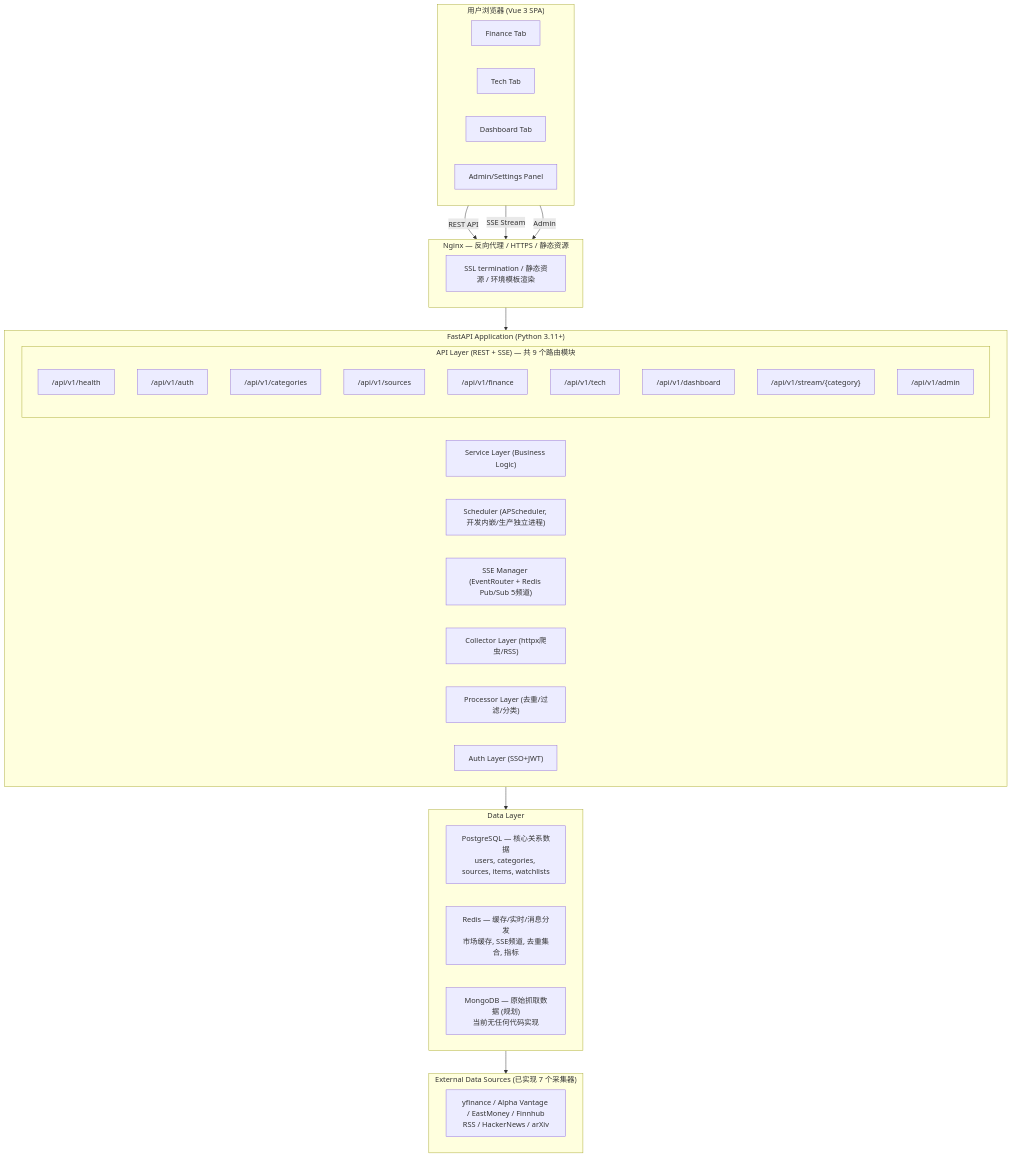
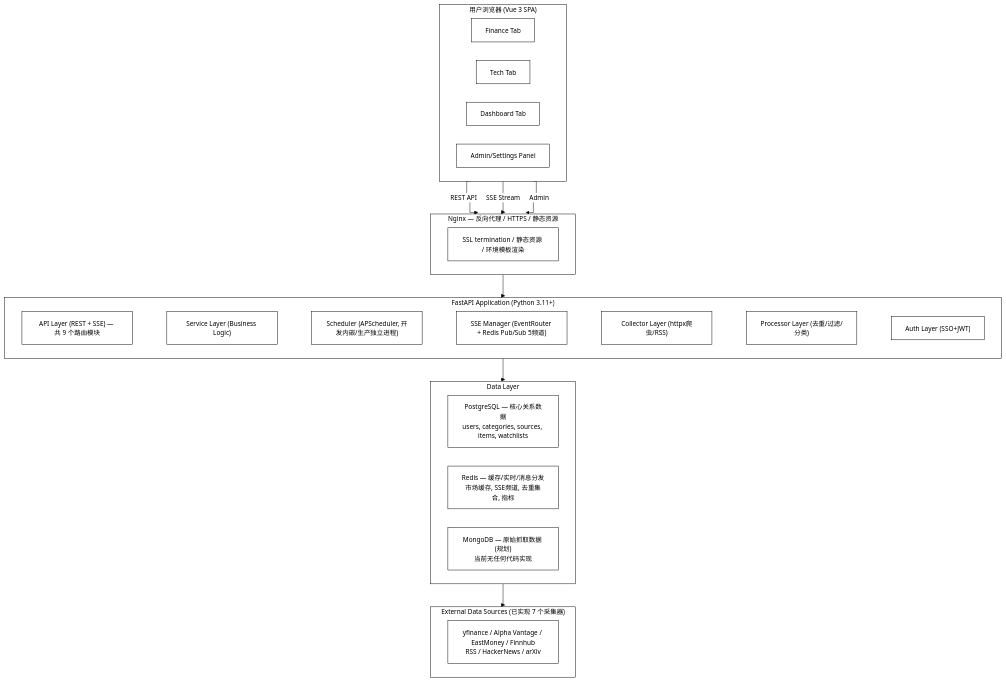
Before and after one commit to onceme/instantboard: the first of 4 diagrams in docs/design/architecture.md, drawn with Mermaid. The commit also changed other lines of this file and 11 other files, not shown here.

Commit message:
docs: unify mermaid diagrams to black-and-white orthogonal style

````diff
--- a/docs/design/architecture.md
+++ b/docs/design/architecture.md
@@ -23,50 +23,35 @@
 ```mermaid
+%%{init: {"theme": "base", "themeVariables": {"background": "#ffffff", "primaryColor": "#ffffff", "primaryTextColor": "#000000", "primaryBorderColor": "#000000", "lineColor": "#000000", "secondaryColor": "#ffffff", "secondaryTextColor": "#000000", "secondaryBorderColor": "#000000", "tertiaryColor": "#ffffff", "tertiaryTextColor": "#000000", "tertiaryBorderColor": "#000000", "edgeLabelBackground": "#ffffff", "textColor": "#000000", "nodeTextColor": "#000000", "mainBkg": "#ffffff", "nodeBorder": "#000000", "clusterBkg": "#ffffff", "clusterBdr": "#000000", "clusterTextColor": "#000000", "titleColor": "#000000", "fontSize": "14px"}, "flowchart": {"curve": "step", "nodeSpacing": 40, "rankSpacing": 50, "wrappingWidth": 180, "useMaxWidth": true}}}%%
 graph TD
     subgraph Browser["用户浏览器 (Vue 3 SPA)"]
         FinanceTab["Finance Tab"]
         TechTab["Tech Tab"]
         DashboardTab["Dashboard Tab"]
         AdminPanel["Admin/Settings Panel"]
     end
 
     subgraph NginxLayer["Nginx — 反向代理 / HTTPS / 静态资源"]
         NginxFunc["SSL termination / 静态资源 / 环境模板渲染"]
     end
 
     subgraph FastAPIApp["FastAPI Application (Python 3.11+)"]
-        subgraph APILayer["API Layer (REST + SSE) — 共 9 个路由模块"]
-            HealthAPI["/api/v1/health"]
-            AuthAPI["/api/v1/auth"]
-            CatAPI["/api/v1/categories"]
-            SrcAPI["/api/v1/sources"]
-            FinAPI["/api/v1/finance"]
-            TechAPI["/api/v1/tech"]
-            DashAPI["/api/v1/dashboard"]
-            StreamAPI["/api/v1/stream/{category}"]
-            AdminAPI["/api/v1/admin"]
-        end
-        ServiceLayer["Service Layer (Business Logic)"]
-        SchedulerComp["Scheduler (APScheduler, 开发内嵌/生产独立进程)"]
-        SSEManager["SSE Manager (EventRouter + Redis Pub/Sub 5频道)"]
-        CollectorLayer["Collector Layer (httpx爬虫/RSS)"]
-        ProcessorLayer["Processor Layer (去重/过滤/分类)"]
-        AuthLayer["Auth Layer (SSO+JWT)"]
+        APILayer["API Layer (REST + SSE) — 共 9 个路由模块"] ~~~ ServiceLayer["Service Layer (Business Logic)"] ~~~ SchedulerComp["Scheduler (APScheduler, 开发内嵌/生产独立进程)"] ~~~ SSEManager["SSE Manager (EventRouter + Redis Pub/Sub 5频道)"] ~~~ CollectorLayer["Collector Layer (httpx爬虫/RSS)"] ~~~ ProcessorLayer["Processor Layer (去重/过滤/分类)"] ~~~ AuthLayer["Auth Layer (SSO+JWT)"]
     end
 
     subgraph DataLayer["Data Layer"]
         PostgreSQL["PostgreSQL — 核心关系数据<br>users, categories, sources, items, watchlists"]
         Redis["Redis — 缓存/实时/消息分发<br>市场缓存, SSE频道, 去重集合, 指标"]
         MongoDB["MongoDB — 原始抓取数据 (规划)<br>当前无任何代码实现"]
     end
 
     subgraph ExternalSources["External Data Sources (已实现 7 个采集器)"]
         ExtData["yfinance / Alpha Vantage / EastMoney / Finnhub<br>RSS / HackerNews / arXiv"]
     end
 
     Browser -->|"REST API"| NginxLayer
     Browser -->|"SSE Stream"| NginxLayer
     Browser -->|"Admin"| NginxLayer
     NginxLayer --> FastAPIApp
     FastAPIApp --> DataLayer
     DataLayer --> ExternalSources
 ```
````
